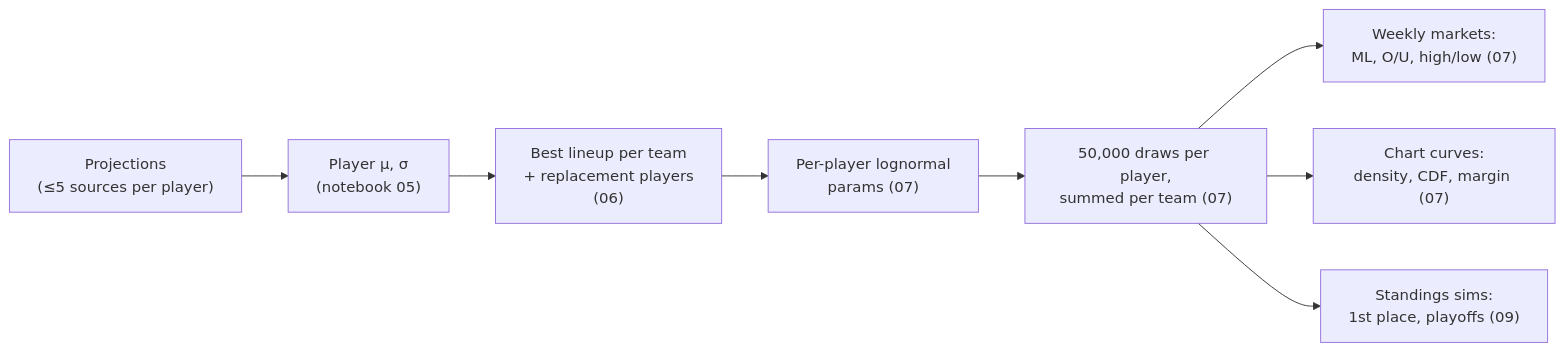
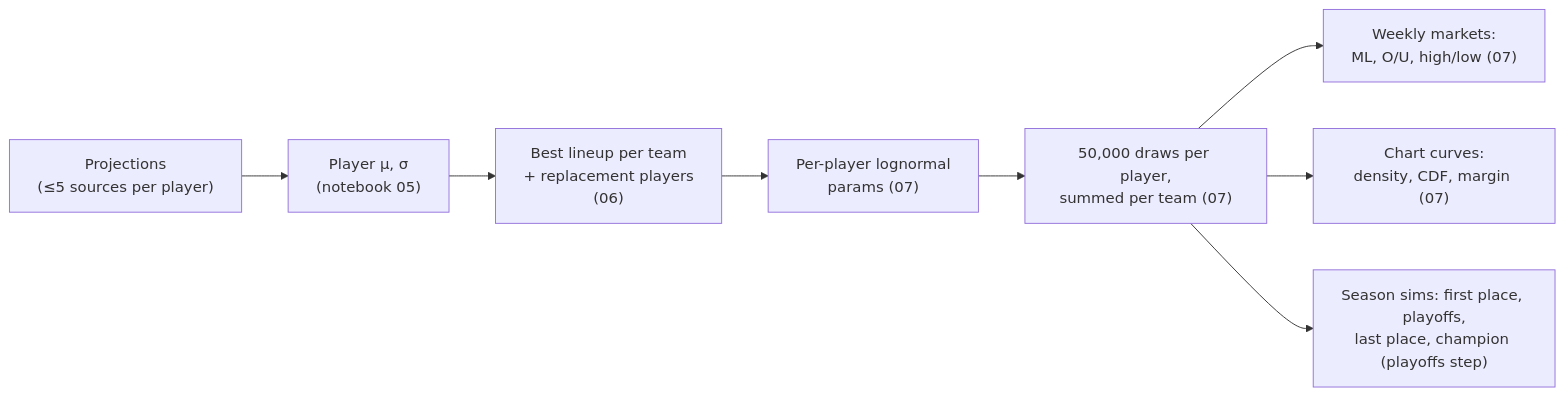
Before and after one commit to sfaizi24/TNCasino: the diagram in docs/architecture/03-modeling-and-odds.md, drawn with Mermaid. The commit also changed other lines of this file and 11 other files, not shown here.

First line of the commit message:
Price last place and the champion, and stamp futures with their simulation run

````diff
--- a/docs/architecture/03-modeling-and-odds.md
+++ b/docs/architecture/03-modeling-and-odds.md
@@ -5,10 +5,10 @@
 ```mermaid
 flowchart LR
     P["Projections<br/>(≤5 sources per player)"] --> S["Player μ, σ<br/>(notebook 05)"]
     S --> L["Best lineup per team<br/>+ replacement players<br/>(06)"]
     L --> LN["Per-player lognormal<br/>params (07)"]
     LN --> SIM["50,000 draws per player,<br/>summed per team (07)"]
     SIM --> MK["Weekly markets:<br/>ML, O/U, high/low (07)"]
     SIM --> CV["Chart curves:<br/>density, CDF, margin (07)"]
-    SIM --> ST["Standings sims:<br/>1st place, playoffs (09)"]
+    SIM --> ST["Season sims: first place, playoffs,<br/>last place, champion (playoffs step)"]
 ```
````
